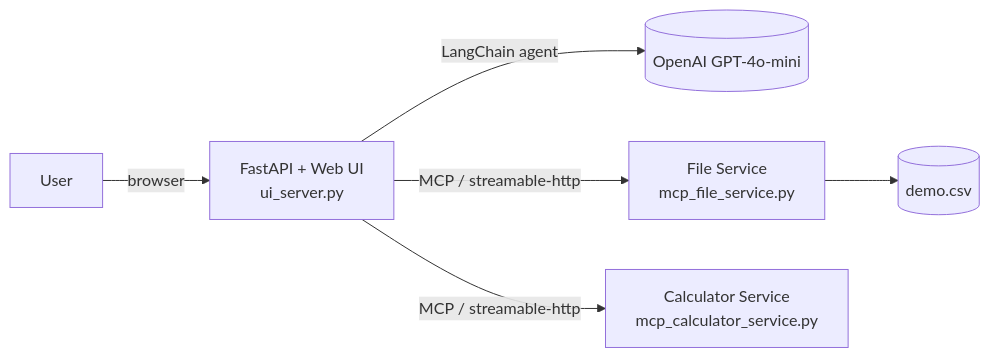
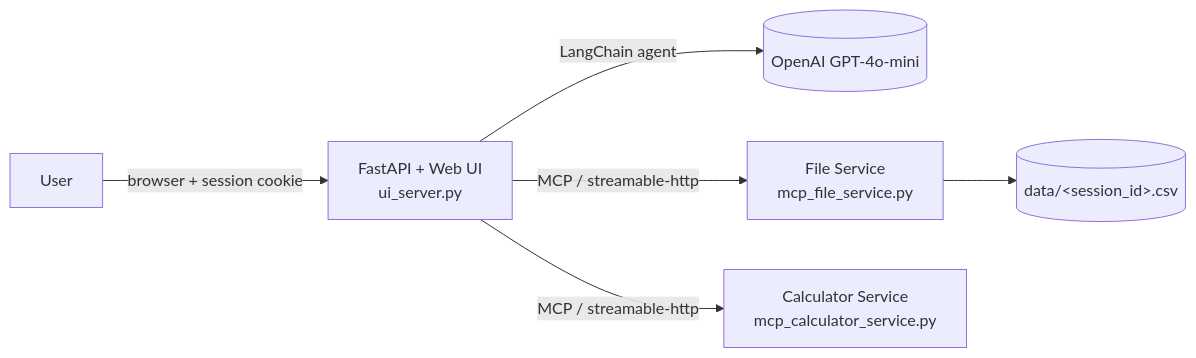
The diagram in README.md (kosalanayanajithdeshapriya/Simple-MCP), drawn with Mermaid before and after one commit. The commit also changed other lines of this file and 8 other files, not shown here.

First line of the commit message:
Add per-visitor CSV upload with session isolation

````diff
--- a/README.md
+++ b/README.md
@@ -7,8 +7,8 @@
 ```mermaid
 graph LR
-    User -->|browser| UI[FastAPI + Web UI<br/>ui_server.py]
+    User -->|browser + session cookie| UI[FastAPI + Web UI<br/>ui_server.py]
     UI -->|LangChain agent| OpenAI[(OpenAI GPT-4o-mini)]
     UI -->|MCP / streamable-http| FileSvc[File Service<br/>mcp_file_service.py]
     UI -->|MCP / streamable-http| CalcSvc[Calculator Service<br/>mcp_calculator_service.py]
-    FileSvc --> CSV[(demo.csv)]
+    FileSvc --> CSV[(data/&lt;session_id&gt;.csv)]
 ```
````
